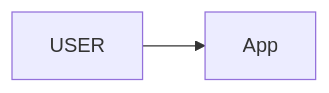
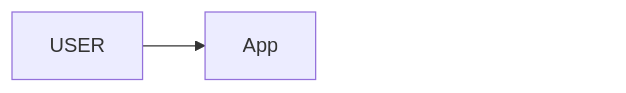
Before and after one commit to ArpanMaheshwari144/Prep: the first of 11 diagrams in 04_HLD/SYSTEM_DESIGNS/02_rate_limiter/02_rate_limiter.md, drawn with Mermaid. The commit also changed other lines of this file and 13 other files, not shown here.

Commit message:
hld 14 file: har diagram ke daayein andekha dabba, zoom button asli dabbe pe na aaye

````diff
--- a/04_HLD/SYSTEM_DESIGNS/02_rate_limiter/02_rate_limiter.md
+++ b/04_HLD/SYSTEM_DESIGNS/02_rate_limiter/02_rate_limiter.md
@@ -81,7 +81,10 @@
 ```mermaid
 %%{init: {"flowchart": {"wrappingWidth": 450}}}%%
 flowchart LR
     n_USER["USER"]
     n_App["App"]
     n_USER --> n_App
+    n_pad["xxxxxxxxxxxxxxxx"]
+    n_App ~~~ n_pad
+    style n_pad fill:none,stroke:none,color:#ffffff00
 ```
````
